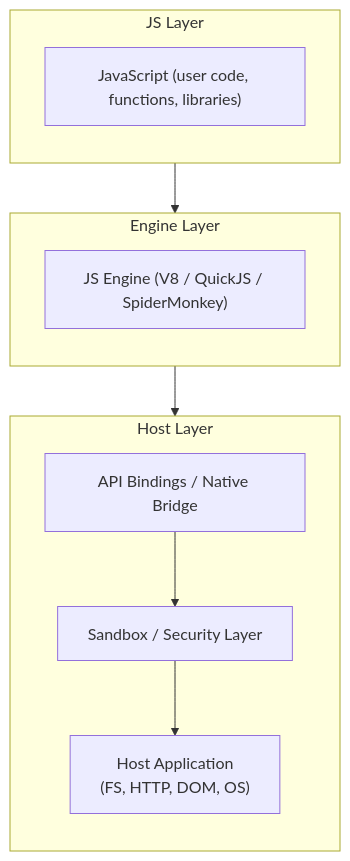
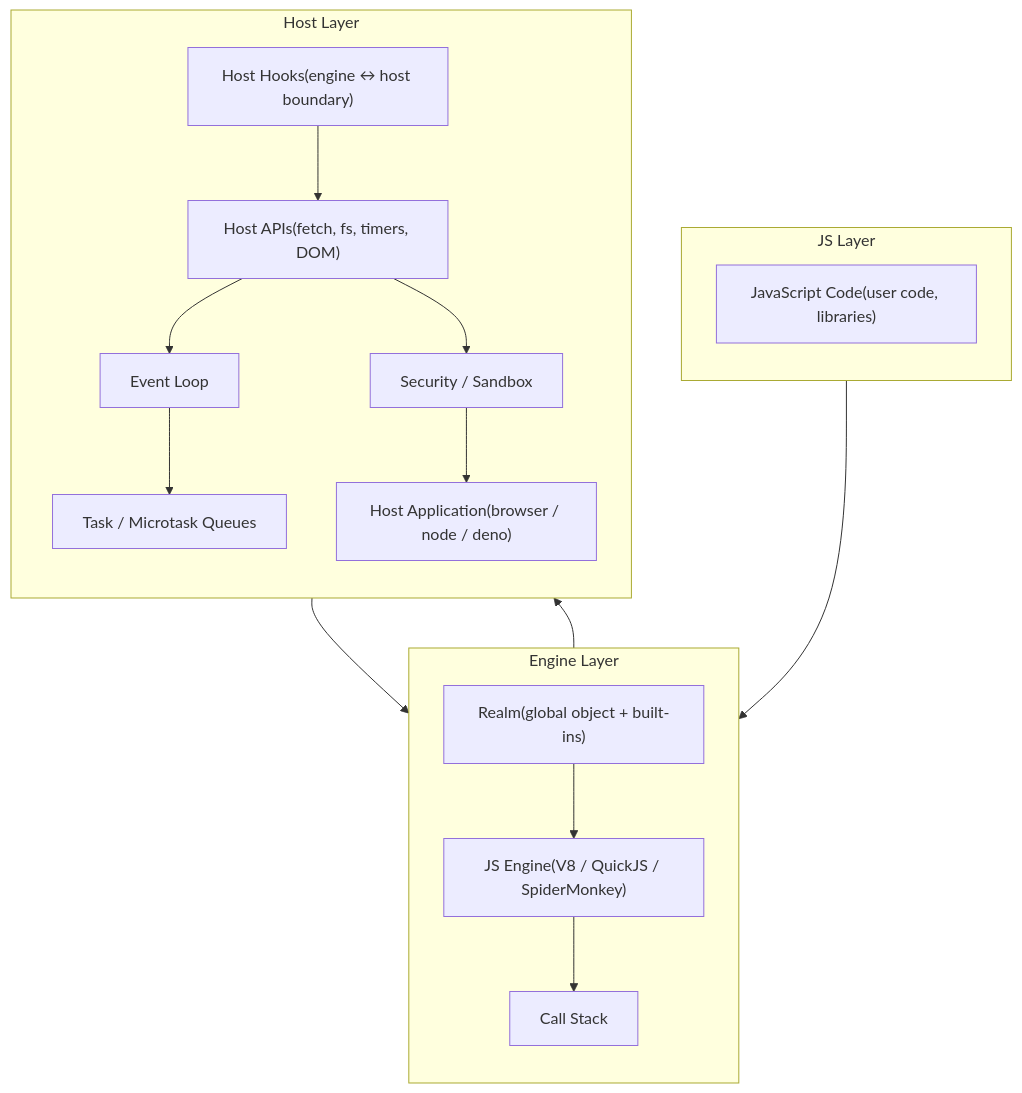
One commit to andriyl/js-deep changed the first of 2 diagrams in README.md. Above: the diagram before and after it, drawn with Mermaid.

Commit message:
Update schema

````diff
--- a/README.md
+++ b/README.md
@@ -28,24 +28,36 @@
 ```mermaid
 flowchart TB
+
     subgraph Layer_JS [JS Layer]
         direction TB
-        JS["JavaScript (user code, functions, libraries)"]
+        JS["JavaScript Code(user code, libraries)"]
     end
 
     subgraph Layer_Engine [Engine Layer]
         direction TB
-        JS_Engine["JS Engine (V8 / QuickJS / SpiderMonkey)"]
+        Realm["Realm(global object + built-ins)"]
+        Engine["JS Engine(V8 / QuickJS / SpiderMonkey)"]
+        Stack["Call Stack"]
     end
 
     subgraph Layer_Host [Host Layer]
         direction TB
-        API["API Bindings / Native Bridge"]
-        Sandbox["Sandbox / Security Layer"]
-        HostApp["Host Application\n(FS, HTTP, DOM, OS)"]
+        Hooks["Host Hooks(engine ↔ host boundary)"]
+        API["Host APIs(fetch, fs, timers, DOM)"]
+        Loop["Event Loop"]
+        Queue["Task / Microtask Queues"]
+        Sandbox["Security / Sandbox"]
+        HostApp["Host Application(browser / node / deno)"]
     end
 
-    JS --> JS_Engine
-    JS_Engine --> API
+    JS --> Realm
+    Realm --> Engine
+    Engine --> Stack
+    Stack --> Hooks
+    Hooks --> API
+    API --> Loop
+    Loop --> Queue
+    Queue --> Stack
     API --> Sandbox
     Sandbox --> HostApp
 ```
````
